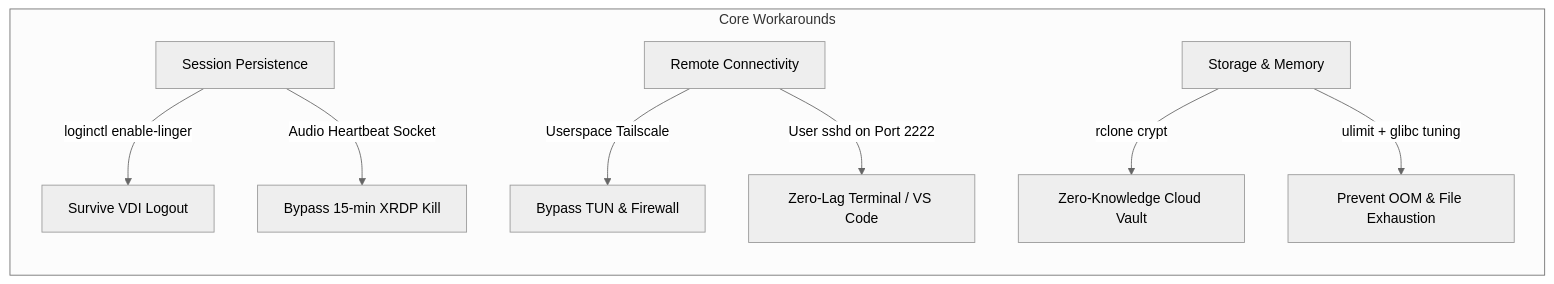
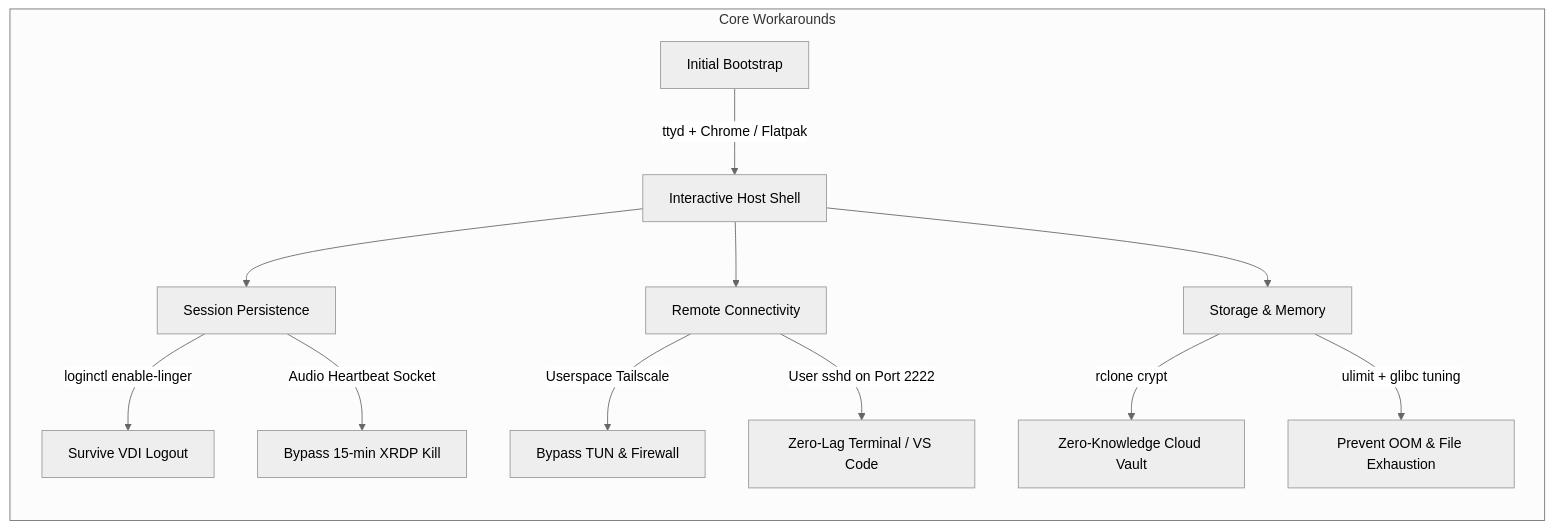
The second of 2 diagrams in README.md (sys-dissect/jiopc-architecture-whitepaper), drawn with Mermaid (neutral theme) before and after one commit. The commit also changed other lines of this file, not shown here.

First line of the commit message:
Update bootstrap playbook, correct CAP_NET_ADMIN tun behavior, and document pre-installed IDEs

````diff
--- a/README.md
+++ b/README.md
@@ -250,13 +260,17 @@
 ```mermaid
 graph LR
     subgraph Core Workarounds
-        A[Session Persistence] -->|loginctl enable-linger| B[Survive VDI Logout]
+        Z[Initial Bootstrap] -->|ttyd + Chrome / Flatpak| A0[Interactive Host Shell]
+        A0 --> A[Session Persistence]
+        A -->|loginctl enable-linger| B[Survive VDI Logout]
         A -->|Audio Heartbeat Socket| C[Bypass 15-min XRDP Kill]
         
-        D[Remote Connectivity] -->|Userspace Tailscale| E[Bypass TUN & Firewall]
+        A0 --> D[Remote Connectivity]
+        D -->|Userspace Tailscale| E[Bypass TUN & Firewall]
         D -->|User sshd on Port 2222| F[Zero-Lag Terminal / VS Code]
         
-        G[Storage & Memory] -->|rclone crypt| H[Zero-Knowledge Cloud Vault]
+        A0 --> G[Storage & Memory]
+        G -->|rclone crypt| H[Zero-Knowledge Cloud Vault]
         G -->|ulimit + glibc tuning| I[Prevent OOM & File Exhaustion]
     end
 ```
````
